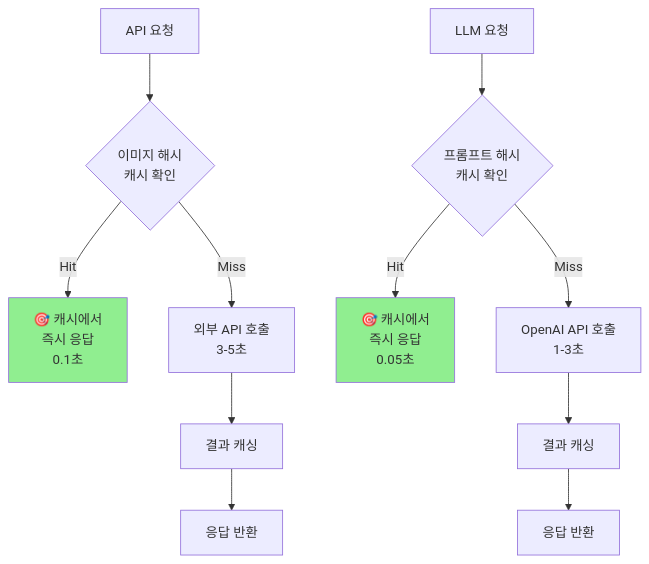
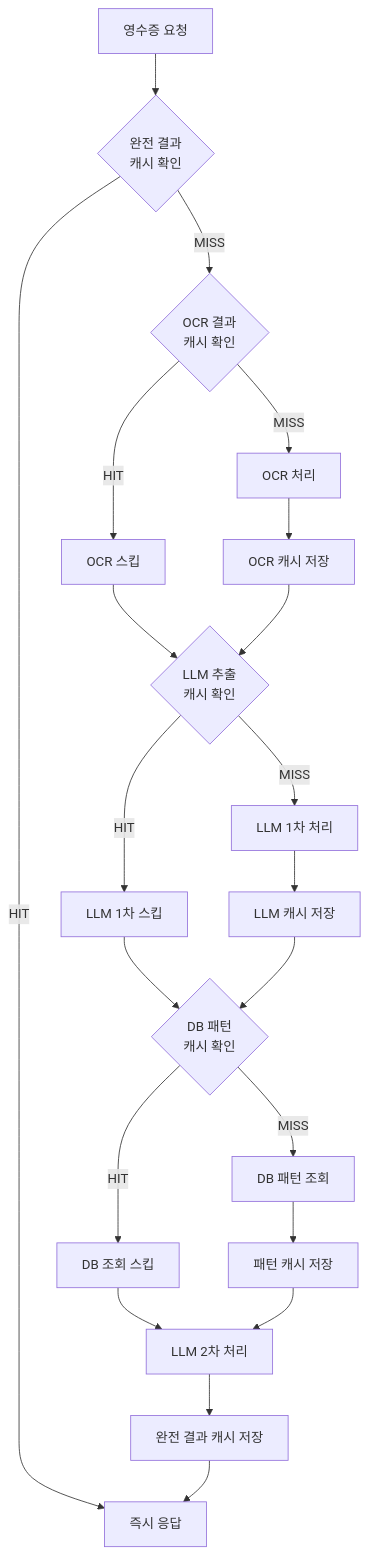
Before and after one commit to myungkeun02/Receipt-OCR-Agent: the fourth of 4 diagrams in README.md, drawn with Mermaid. The commit also changed other lines of this file and 22 other files, not shown here.

````diff
--- a/README.md
+++ b/README.md
@@ -222,17 +695,23 @@
 ```mermaid
-graph TD
-    A[API 요청] --> B{이미지 해시<br/>캐시 확인}
-    B -->|Hit| C[🎯 캐시에서<br/>즉시 응답<br/>0.1초]
-    B -->|Miss| D[외부 API 호출<br/>3-5초]
-    D --> E[결과 캐싱]
-    E --> F[응답 반환]
-
-    G[LLM 요청] --> H{프롬프트 해시<br/>캐시 확인}
-    H -->|Hit| I[🎯 캐시에서<br/>즉시 응답<br/>0.05초]
-    H -->|Miss| J[OpenAI API 호출<br/>1-3초]
-    J --> K[결과 캐싱]
-    K --> L[응답 반환]
-
-    style C fill:#90EE90
-    style I fill:#90EE90
+graph TB
+    A[영수증 요청] --> B{완전 결과<br/>캐시 확인}
+    B -->|HIT| Z[즉시 응답]
+    B -->|MISS| C{OCR 결과<br/>캐시 확인}
+    C -->|HIT| D[OCR 스킵]
+    C -->|MISS| E[OCR 처리]
+    E --> F[OCR 캐시 저장]
+    D --> G{LLM 추출<br/>캐시 확인}
+    F --> G
+    G -->|HIT| H[LLM 1차 스킵]
+    G -->|MISS| I[LLM 1차 처리]
+    I --> J[LLM 캐시 저장]
+    H --> K{DB 패턴<br/>캐시 확인}
+    J --> K
+    K -->|HIT| L[DB 조회 스킵]
+    K -->|MISS| M[DB 패턴 조회]
+    M --> N[패턴 캐시 저장]
+    L --> O[LLM 2차 처리]
+    N --> O
+    O --> P[완전 결과 캐시 저장]
+    P --> Z
 ```
````
